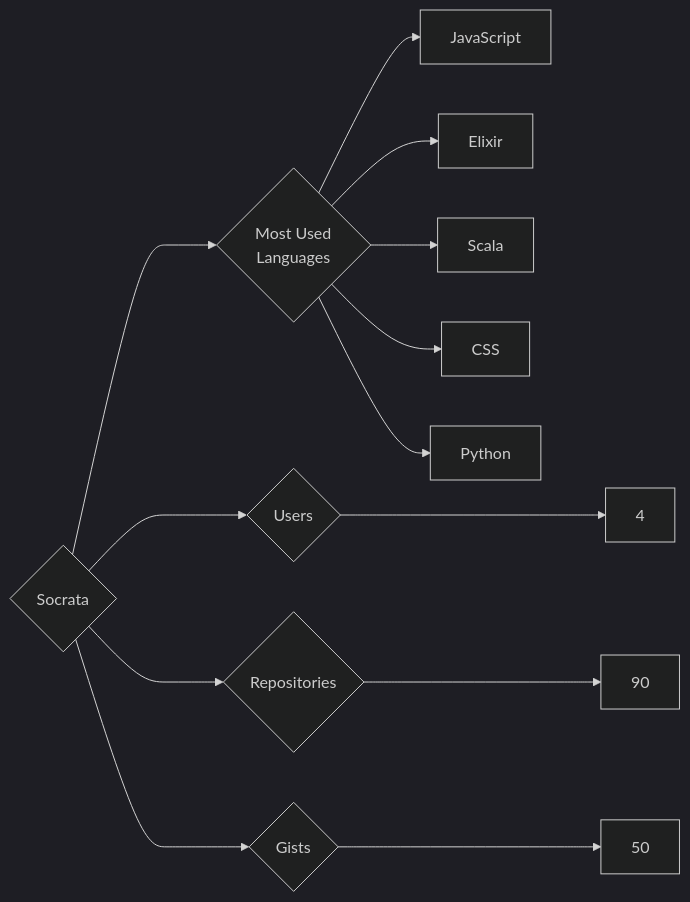
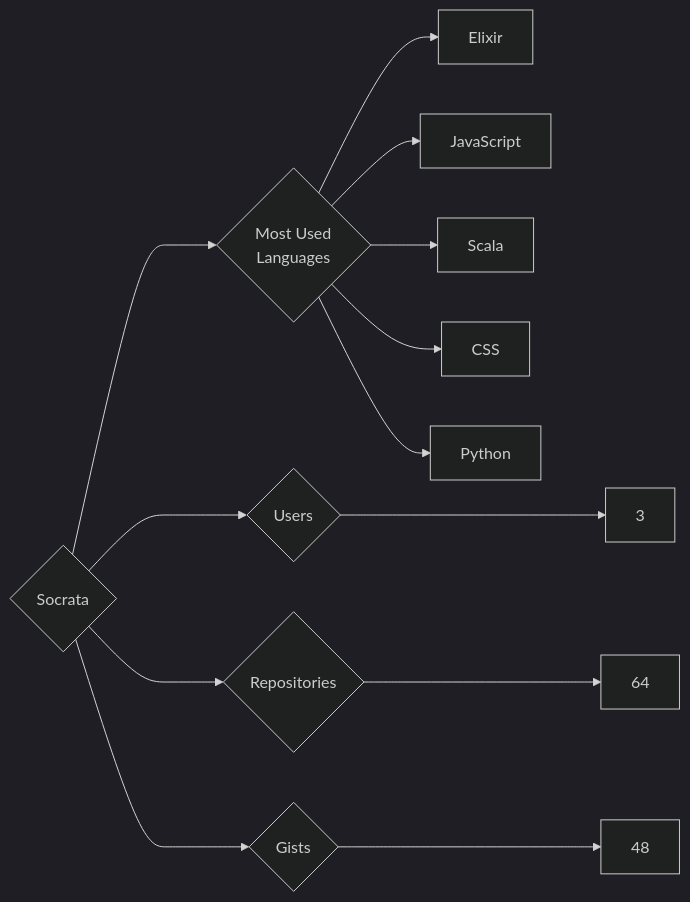
The diagram in targets/Socrata/README.md (trickest/insiders), drawn with Mermaid (dark theme) before and after one commit. The commit also changed 794 other files, not shown here.

````diff
--- a/targets/Socrata/README.md
+++ b/targets/Socrata/README.md
@@ -3,13 +3,13 @@
 ```mermaid
 graph LR
 COMPANY_NAME{Socrata}
-COMPANY_NAME ---> U{Users} ---> UN[4]
-COMPANY_NAME ---> R{Repositories} ---> RN[90]
-COMPANY_NAME ---> G{Gists} ---> GN[50]
+COMPANY_NAME ---> U{Users} ---> UN[3]
+COMPANY_NAME ---> R{Repositories} ---> RN[64]
+COMPANY_NAME ---> G{Gists} ---> GN[48]
 COMPANY_NAME ---> ML{Most Used<br>Languages}
+ML --> Elixir[Elixir]
 ML --> JavaScript[JavaScript]
-ML --> Elixir[Elixir]
 ML --> Scala[Scala]
 ML --> CSS[CSS]
 ML --> Python[Python]
 ```
````
